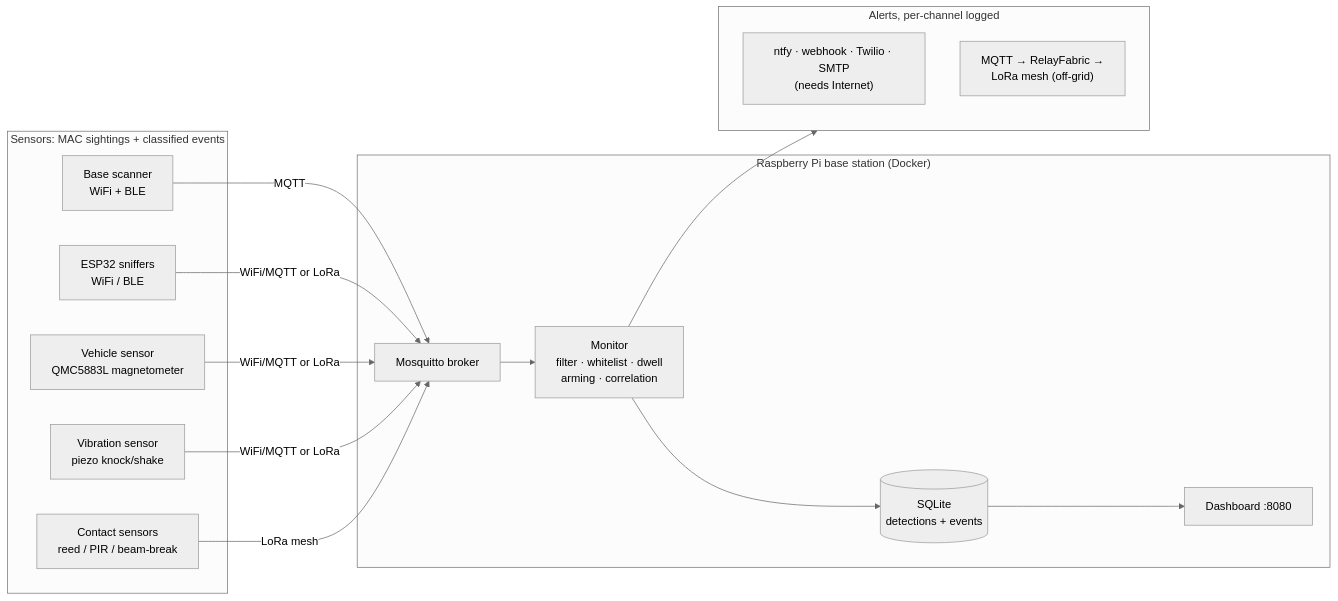
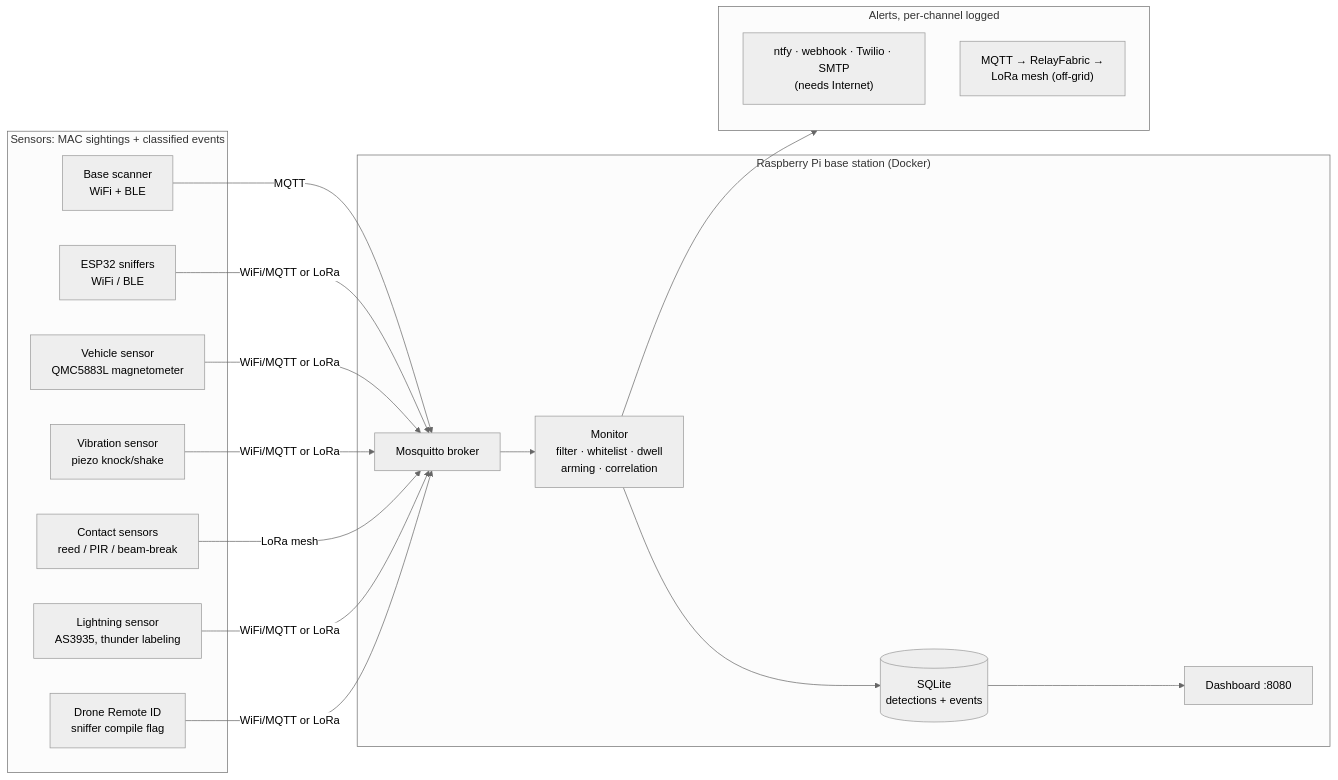
Before and after one commit to OutandBack/meshtripwire: the diagram in docs/index.md, drawn with Mermaid (neutral theme). The commit also changed other lines of this file and 6 other files, not shown here.

````diff
--- a/docs/index.md
+++ b/docs/index.md
@@ -13,32 +14,36 @@
 ```mermaid
 flowchart LR
     subgraph sensors["Sensors: MAC sightings + classified events"]
         S1["Base scanner<br/>WiFi + BLE"]
         S2["ESP32 sniffers<br/>WiFi / BLE"]
         S5["Vehicle sensor<br/>QMC5883L magnetometer"]
         S6["Vibration sensor<br/>piezo knock/shake"]
         S7["Contact sensors<br/>reed / PIR / beam-break"]
+        S8["Lightning sensor<br/>AS3935, thunder labeling"]
+        S9["Drone Remote ID<br/>sniffer compile flag"]
     end
 
     S1 -->|MQTT| BROKER
     S2 -->|WiFi/MQTT or LoRa| BROKER
     S5 -->|WiFi/MQTT or LoRa| BROKER
     S6 -->|WiFi/MQTT or LoRa| BROKER
     S7 -->|LoRa mesh| BROKER
+    S8 -->|WiFi/MQTT or LoRa| BROKER
+    S9 -->|WiFi/MQTT or LoRa| BROKER
 
     subgraph base["Raspberry Pi base station (Docker)"]
         BROKER["Mosquitto broker"]
         MON["Monitor<br/>filter · whitelist · dwell<br/>arming · correlation"]
         DB[("SQLite<br/>detections + events")]
         NR["Dashboard :8080"]
         BROKER --> MON
         MON --> DB
         DB --> NR
     end
 
     MON --> ALERTS
     subgraph ALERTS["Alerts, per-channel logged"]
         A1["ntfy · webhook · Twilio · SMTP<br/>(needs Internet)"]
         A2["MQTT → RelayFabric →<br/>LoRa mesh (off-grid)"]
     end
 ```
````
